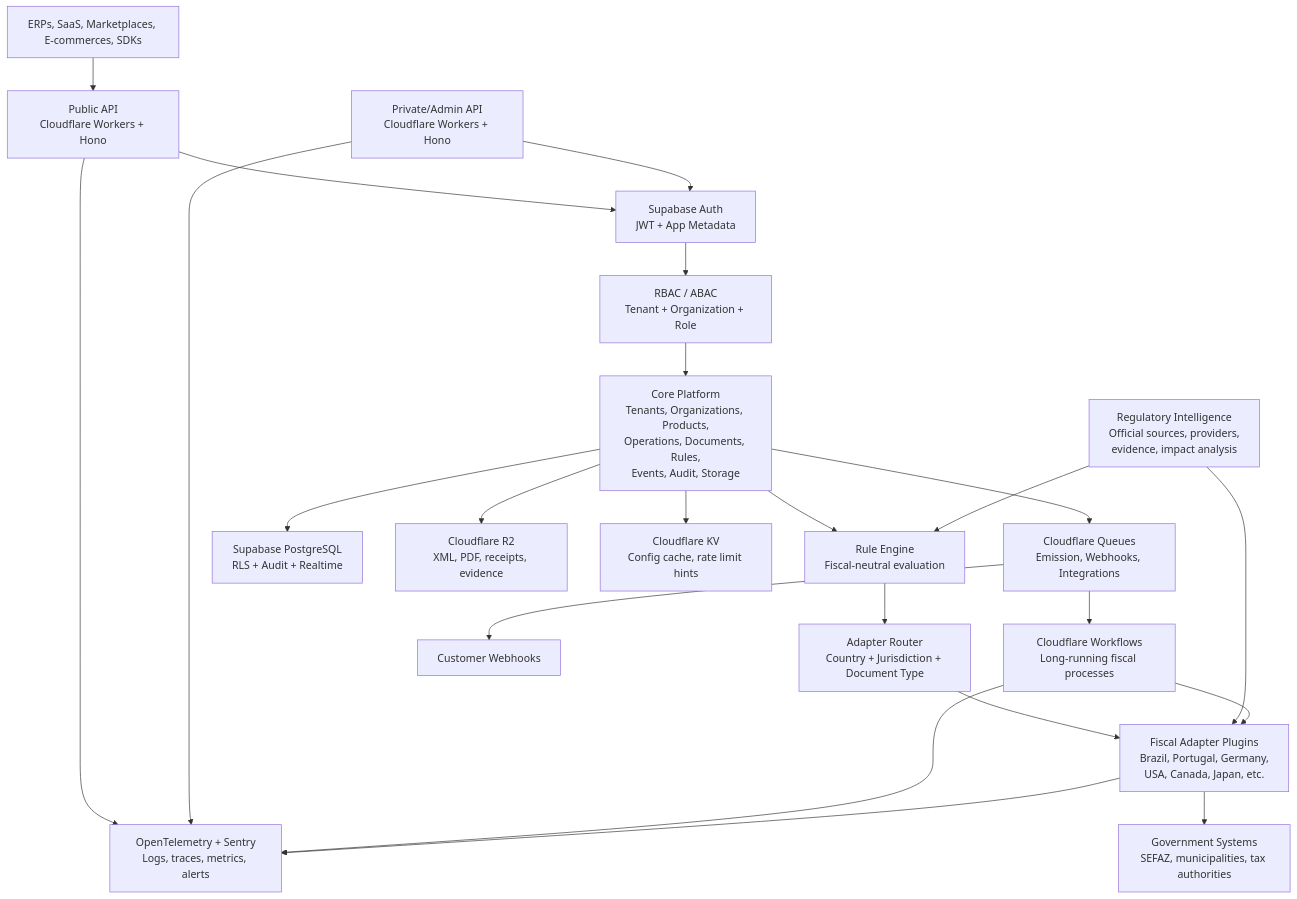
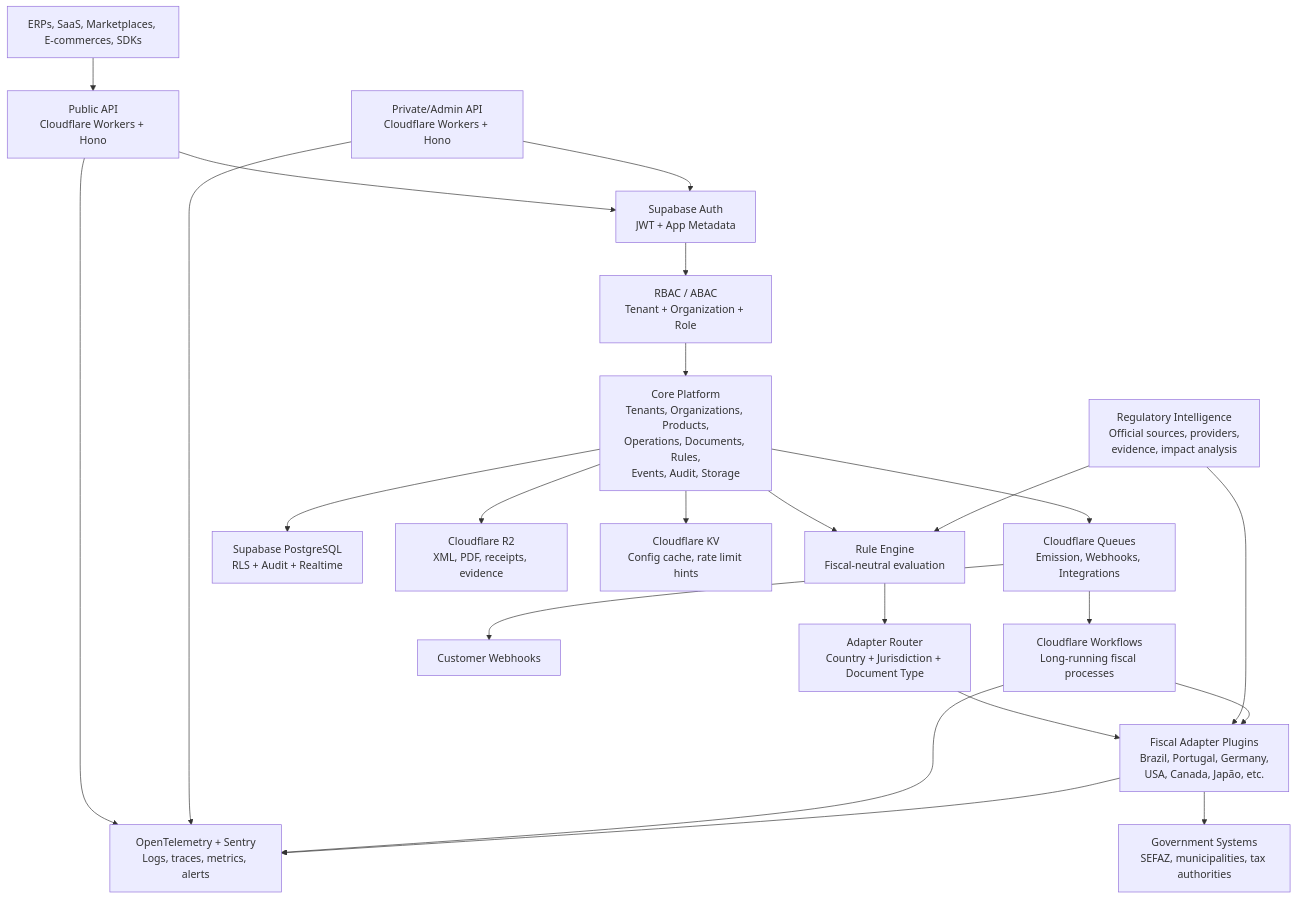
Before and after one commit to drkranich/helvokglobaltax: the first of 4 diagrams in docs/architecture/01-system-architecture.md, drawn with Mermaid. The commit also changed 8 other files, not shown here.

````diff
--- a/docs/architecture/01-system-architecture.md
+++ b/docs/architecture/01-system-architecture.md
@@ -32,44 +32,44 @@
 ```mermaid
 flowchart TB
   ClientApps["ERPs, SaaS, Marketplaces, E-commerces, SDKs"]
   PublicAPI["Public API\nCloudflare Workers + Hono"]
   PrivateAPI["Private/Admin API\nCloudflare Workers + Hono"]
   Auth["Supabase Auth\nJWT + App Metadata"]
   RBAC["RBAC / ABAC\nTenant + Organization + Role"]
   Core["Core Platform\nTenants, Organizations, Products,\nOperations, Documents, Rules,\nEvents, Audit, Storage"]
   RuleEngine["Rule Engine\nFiscal-neutral evaluation"]
   AdapterRouter["Adapter Router\nCountry + Jurisdiction + Document Type"]
-  Plugins["Fiscal Adapter Plugins\nBrazil, Portugal, Germany,\nUSA, Canada, Japan, etc."]
+  Plugins["Fiscal Adapter Plugins\nBrazil, Portugal, Germany,\nUSA, Canada, Japão, etc."]
   Regulatory["Regulatory Intelligence\nOfficial sources, providers,\nevidence, impact analysis"]
   Queues["Cloudflare Queues\nEmission, Webhooks, Integrations"]
   Workflows["Cloudflare Workflows\nLong-running fiscal processes"]
   Supabase["Supabase PostgreSQL\nRLS + Audit + Realtime"]
   R2["Cloudflare R2\nXML, PDF, receipts, evidence"]
   KV["Cloudflare KV\nConfig cache, rate limit hints"]
   Gov["Government Systems\nSEFAZ, municipalities, tax authorities"]
   Webhooks["Customer Webhooks"]
   Observability["OpenTelemetry + Sentry\nLogs, traces, metrics, alerts"]
 
   ClientApps --> PublicAPI
   PublicAPI --> Auth
   PrivateAPI --> Auth
   Auth --> RBAC
   RBAC --> Core
   Core --> RuleEngine
   RuleEngine --> AdapterRouter
   AdapterRouter --> Plugins
   Regulatory --> RuleEngine
   Regulatory --> Plugins
   Plugins --> Gov
   Core --> Supabase
   Core --> R2
   Core --> KV
   Core --> Queues
   Queues --> Workflows
   Workflows --> Plugins
   Queues --> Webhooks
   PublicAPI --> Observability
   PrivateAPI --> Observability
   Workflows --> Observability
   Plugins --> Observability
 ```
````
